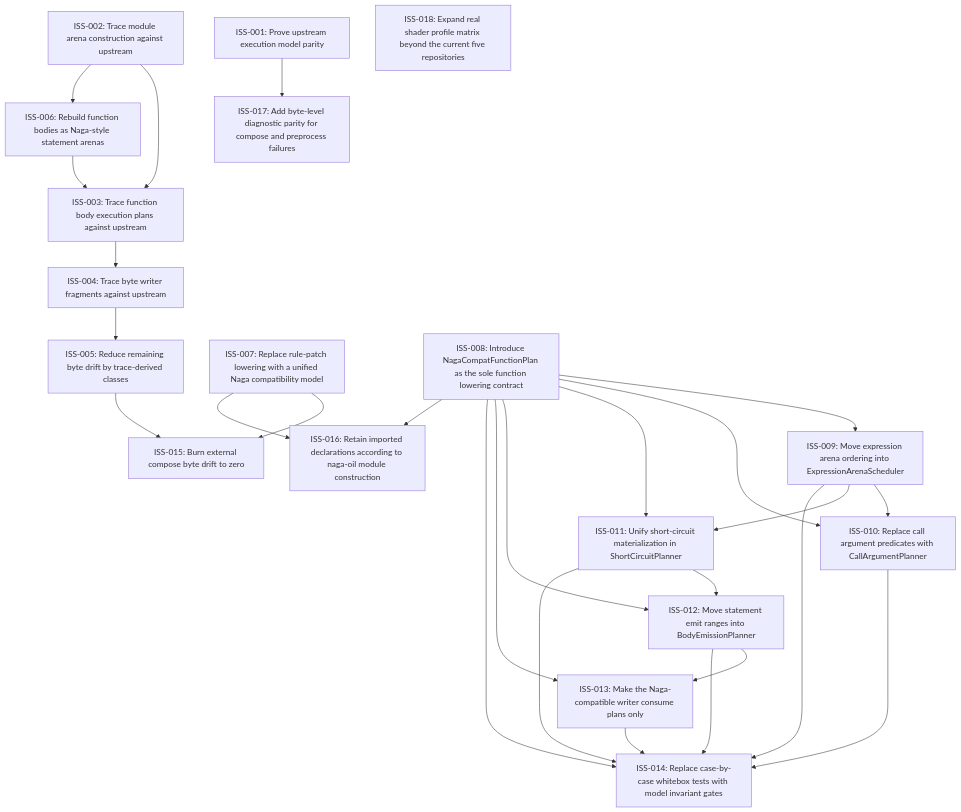
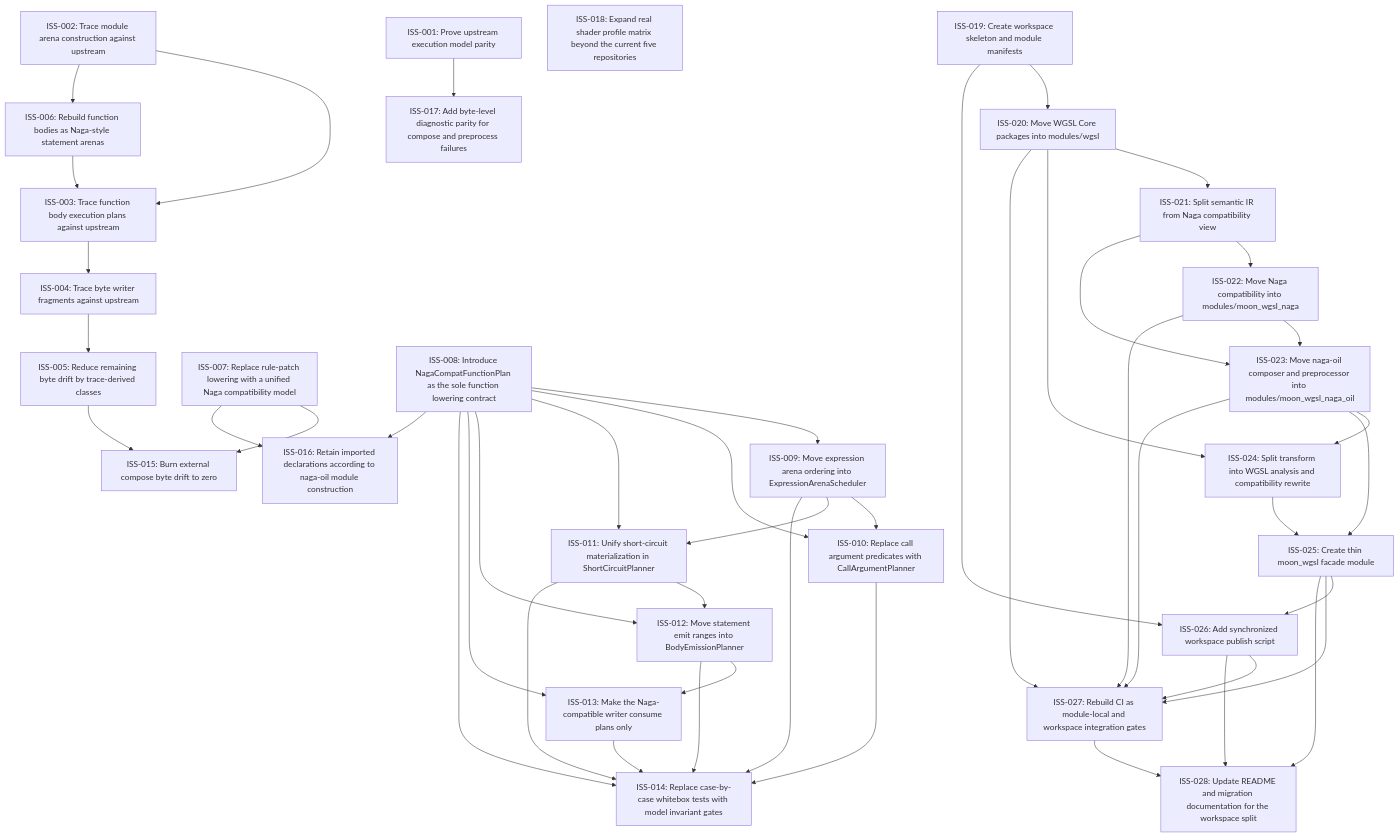
One commit to moonbit-community/moon_wgsl changed the diagram in issues/README.md. Above: the diagram before and after it, drawn with Mermaid. The commit also changed other lines of this file and 442 other files, not shown here.

Commit message:
Split moon_wgsl into workspace modules

````diff
--- a/issues/README.md
+++ b/issues/README.md
@@ -15,46 +18,75 @@
 ```mermaid
 graph TD
   ISS_001["ISS-001: Prove upstream execution model parity"]
   ISS_002["ISS-002: Trace module arena construction against upstream"]
   ISS_003["ISS-003: Trace function body execution plans against upstream"]
   ISS_004["ISS-004: Trace byte writer fragments against upstream"]
   ISS_005["ISS-005: Reduce remaining byte drift by trace-derived classes"]
   ISS_006["ISS-006: Rebuild function bodies as Naga-style statement arenas"]
   ISS_007["ISS-007: Replace rule-patch lowering with a unified Naga compatibility model"]
   ISS_008["ISS-008: Introduce NagaCompatFunctionPlan as the sole function lowering contract"]
   ISS_009["ISS-009: Move expression arena ordering into ExpressionArenaScheduler"]
   ISS_010["ISS-010: Replace call argument predicates with CallArgumentPlanner"]
   ISS_011["ISS-011: Unify short-circuit materialization in ShortCircuitPlanner"]
   ISS_012["ISS-012: Move statement emit ranges into BodyEmissionPlanner"]
   ISS_013["ISS-013: Make the Naga-compatible writer consume plans only"]
   ISS_014["ISS-014: Replace case-by-case whitebox tests with model invariant gates"]
   ISS_015["ISS-015: Burn external compose byte drift to zero"]
   ISS_016["ISS-016: Retain imported declarations according to naga-oil module construction"]
   ISS_017["ISS-017: Add byte-level diagnostic parity for compose and preprocess failures"]
   ISS_018["ISS-018: Expand real shader profile matrix beyond the current five repositories"]
+  ISS_019["ISS-019: Create workspace skeleton and module manifests"]
+  ISS_020["ISS-020: Move WGSL Core packages into modules/wgsl"]
+  ISS_021["ISS-021: Split semantic IR from Naga compatibility view"]
+  ISS_022["ISS-022: Move Naga compatibility into modules/moon_wgsl_naga"]
+  ISS_023["ISS-023: Move naga-oil composer and preprocessor into modules/moon_wgsl_naga_oil"]
+  ISS_024["ISS-024: Split transform into WGSL analysis and compatibility rewrite"]
+  ISS_025["ISS-025: Create thin moon_wgsl facade module"]
+  ISS_026["ISS-026: Add synchronized workspace publish script"]
+  ISS_027["ISS-027: Rebuild CI as module-local and workspace integration gates"]
+  ISS_028["ISS-028: Update README and migration documentation for the workspace split"]
   ISS_002 --> ISS_003
   ISS_006 --> ISS_003
   ISS_003 --> ISS_004
   ISS_004 --> ISS_005
   ISS_002 --> ISS_006
   ISS_008 --> ISS_009
   ISS_008 --> ISS_010
   ISS_009 --> ISS_010
   ISS_008 --> ISS_011
   ISS_009 --> ISS_011
   ISS_008 --> ISS_012
   ISS_011 --> ISS_012
   ISS_008 --> ISS_013
   ISS_012 --> ISS_013
   ISS_008 --> ISS_014
   ISS_009 --> ISS_014
   ISS_010 --> ISS_014
   ISS_011 --> ISS_014
   ISS_012 --> ISS_014
   ISS_013 --> ISS_014
   ISS_005 --> ISS_015
   ISS_007 --> ISS_015
   ISS_007 --> ISS_016
   ISS_008 --> ISS_016
   ISS_001 --> ISS_017
+  ISS_019 --> ISS_020
+  ISS_020 --> ISS_021
+  ISS_021 --> ISS_022
+  ISS_021 --> ISS_023
+  ISS_022 --> ISS_023
+  ISS_020 --> ISS_024
+  ISS_023 --> ISS_024
+  ISS_023 --> ISS_025
+  ISS_024 --> ISS_025
+  ISS_019 --> ISS_026
+  ISS_025 --> ISS_026
+  ISS_020 --> ISS_027
+  ISS_022 --> ISS_027
+  ISS_023 --> ISS_027
+  ISS_025 --> ISS_027
+  ISS_026 --> ISS_027
+  ISS_025 --> ISS_028
+  ISS_026 --> ISS_028
+  ISS_027 --> ISS_028
 ```
````
